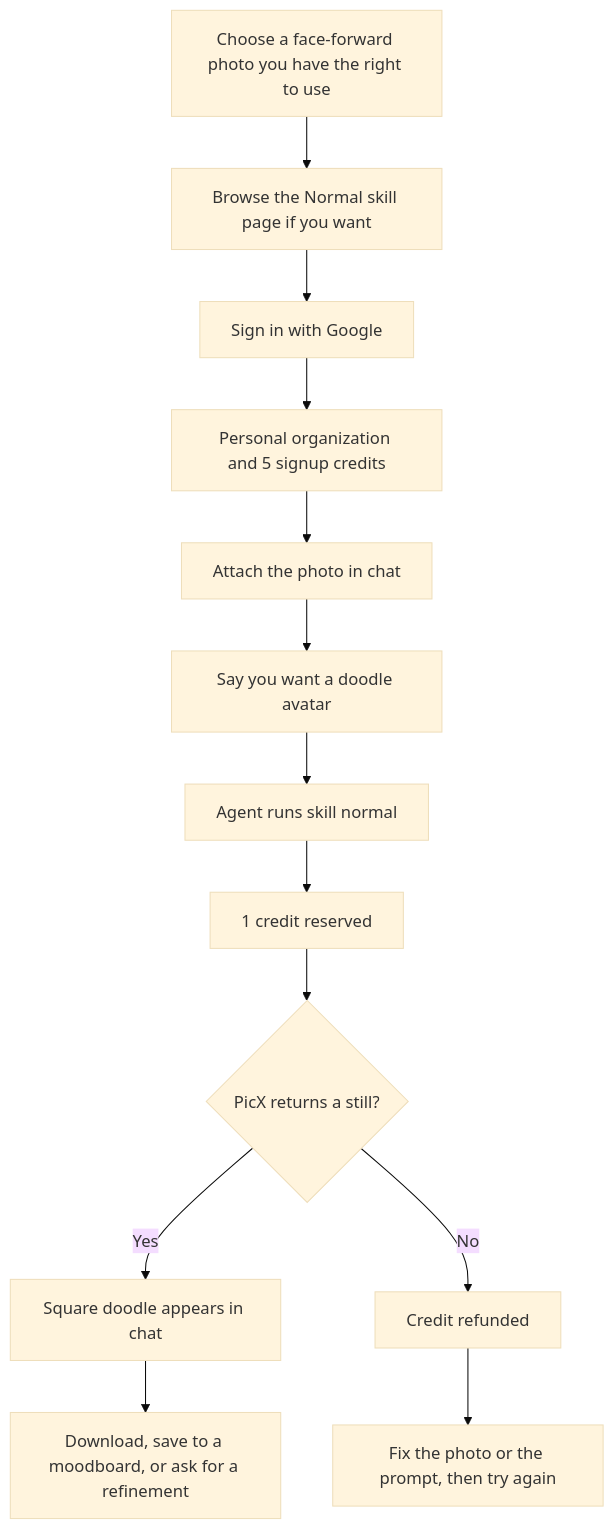
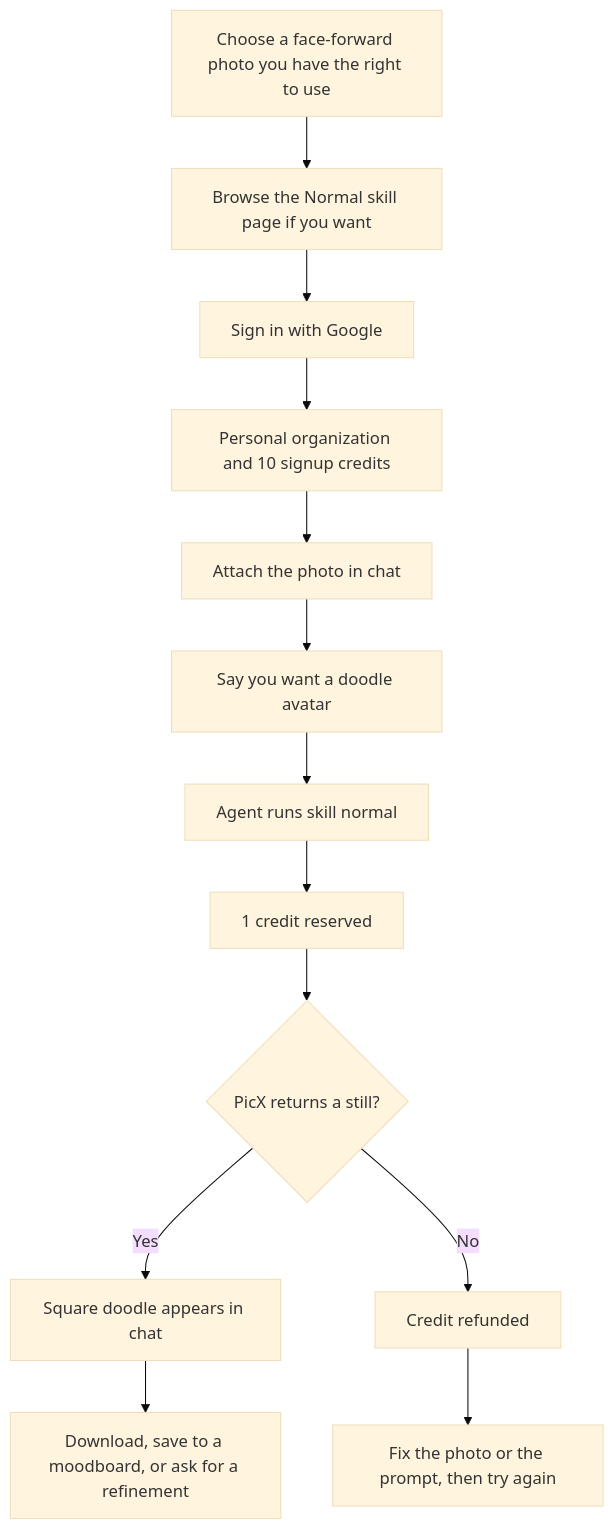
The first of 3 diagrams in src/content/articles/photo-to-cartoon/index.md (Type-Think-AI/doodle-ai), drawn with Mermaid (base theme) before and after one commit. The commit also changed other lines of this file and 17 other files, not shown here.

First line of the commit message:
fix(credits): align leftover public signup-grant copy to 10

````diff
--- a/src/content/articles/photo-to-cartoon/index.md
+++ b/src/content/articles/photo-to-cartoon/index.md
@@ -129,15 +129,15 @@
 ```mermaid
 flowchart TD
   A[Choose a face-forward photo you have the right to use] --> B[Browse the Normal skill page if you want]
   B --> C[Sign in with Google]
-  C --> D[Personal organization and 5 signup credits]
+  C --> D[Personal organization and 10 signup credits]
   D --> E[Attach the photo in chat]
   E --> F[Say you want a doodle avatar]
   F --> G[Agent runs skill normal]
   G --> H[1 credit reserved]
   H --> I{PicX returns a still?}
   I -->|Yes| J[Square doodle appears in chat]
   I -->|No| K[Credit refunded]
   J --> L[Download, save to a moodboard, or ask for a refinement]
   K --> M[Fix the photo or the prompt, then try again]
 ```
````
